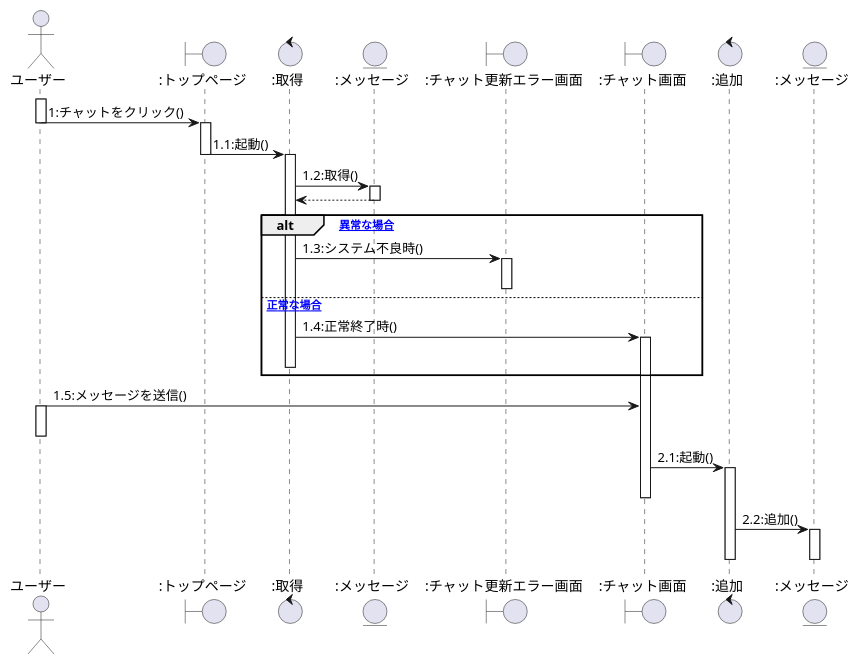
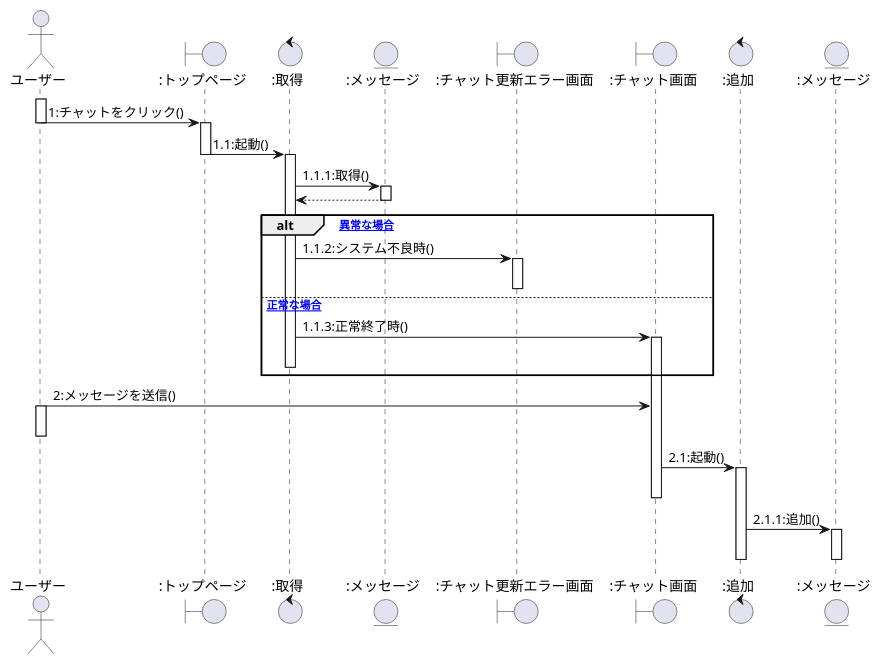
One commit to ksw2270227/GroupF changed the sixth of 8 diagrams in user2_sequence.plantuml. Above: the diagram before and after it, drawn with PlantUML. The commit also changed other lines of this file, not shown here.

```diff
--- a/user2_sequence.plantuml
+++ b/user2_sequence.plantuml
@@ -164,42 +164,42 @@
 @startuml システム管理者チャットシーケンス図
 actor ユーザー as 0
 boundary ":トップページ" as a
 control ":取得" as b
 entity ":メッセージ" as c
 boundary ":チャット更新エラー画面" as d
 boundary ":チャット画面" as e
 control ":追加" as f
 entity ":メッセージ" as g
 
 activate 0
     0 -> a:1:チャットをクリック()
     deactivate 0
     activate a
     a -> b:1.1:起動()
     deactivate a
     activate b
-    b -> c:1.2:取得()
+    b -> c:1.1.1:取得()
     activate c
     c --> b
     deactivate c
     alt [異常な場合]
-    b -> d:1.3:システム不良時()
+    b -> d:1.1.2:システム不良時()
     activate d
     deactivate d
     else [正常な場合]
-    b -> e:1.4:正常終了時()
+    b -> e:1.1.3:正常終了時()
     activate e
     deactivate b
     end
-    0 -> e:1.5:メッセージを送信()
+    0 -> e:2:メッセージを送信()
     activate 0
     deactivate 0
     e -> f:2.1:起動()
     activate f
     deactivate e
-    f -> g:2.2:追加()
+    f -> g:2.1.1:追加()
     activate g
     deactivate f
     deactivate g
     
 @enduml
```
